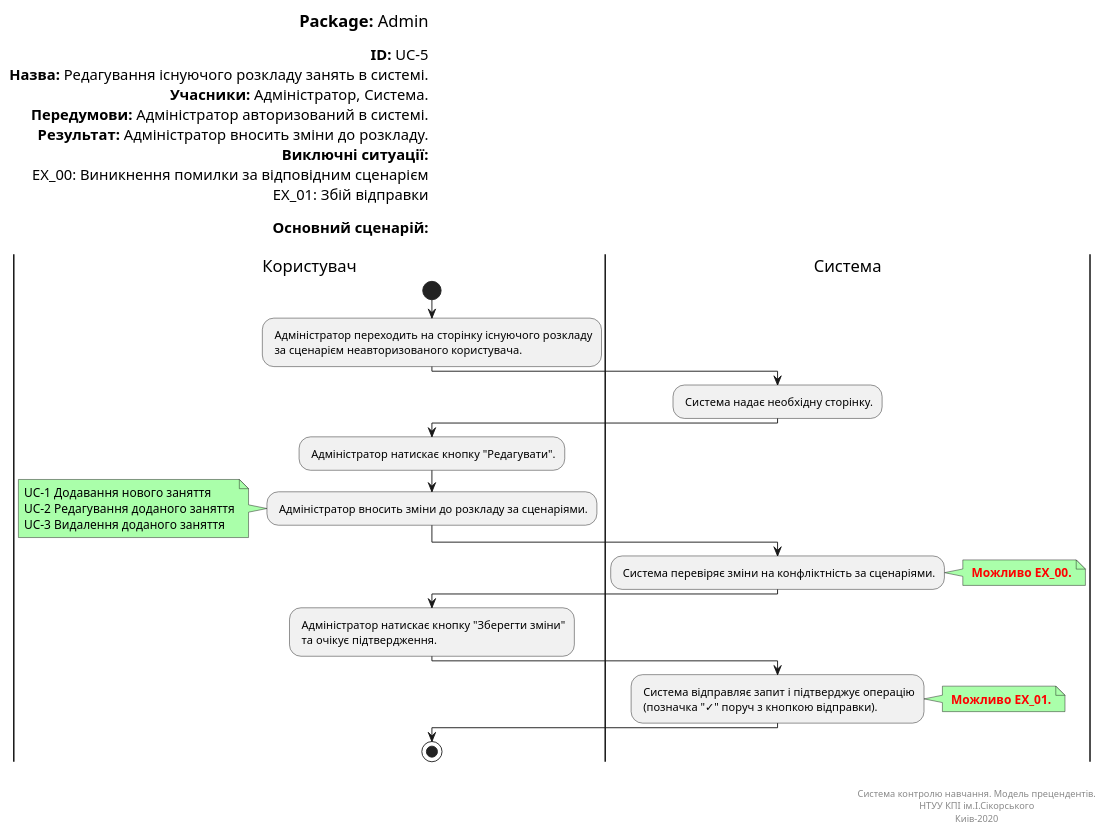
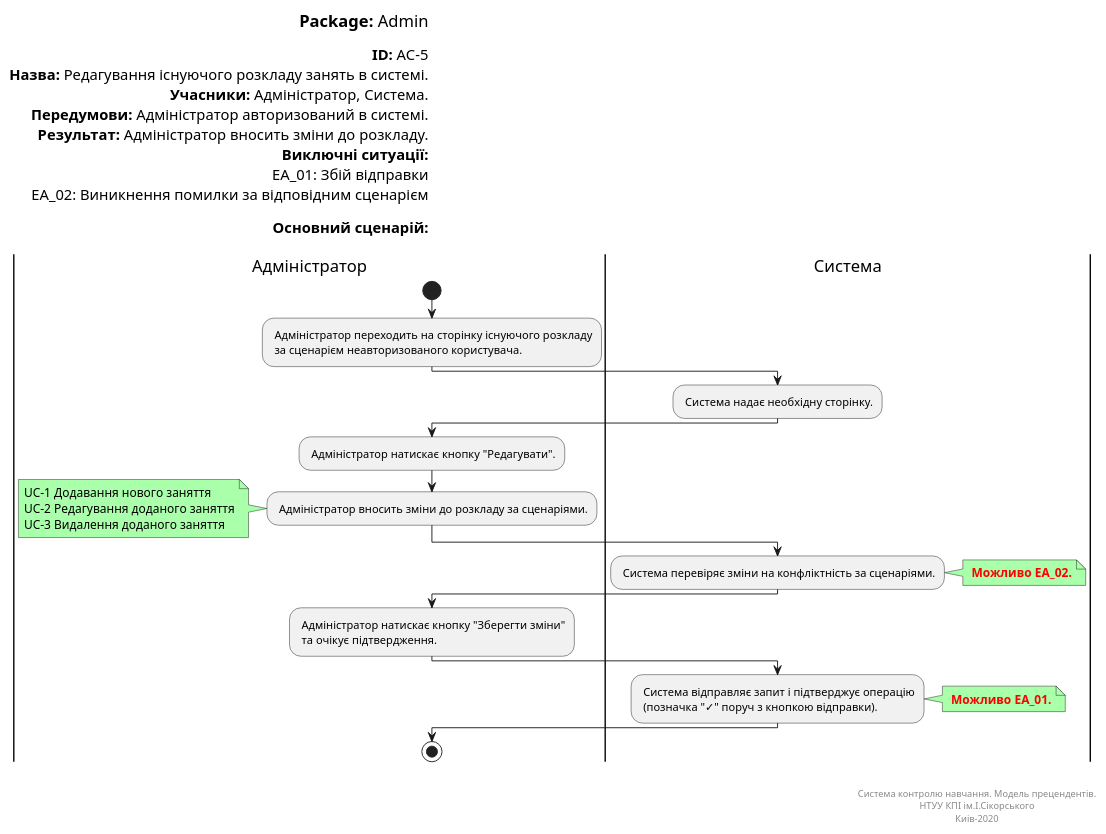
Before and after one commit to vladlinu/TeamOne: the diagram in docs/UML_Diagrams/scenarios/admin/src/edit_schedule.pu, drawn with PlantUML. The commit also changed 9 other files, not shown here.

```diff
--- a/docs/UML_Diagrams/scenarios/admin/src/edit_schedule.pu
+++ b/docs/UML_Diagrams/scenarios/admin/src/edit_schedule.pu
@@ -1,66 +1,66 @@
 @startuml
 left header
 <font color=000 size=18><b>Package:</b> Admin
 
-<font color=000 size=16><b>ID:</b> UC-5
+<font color=000 size=16><b>ID:</b> AC-5
 <font color=000 size=16><b>Назва:</b> Редагування існуючого розкладу занять в системі.
 <font color=000 size=16><b>Учасники:</b> Адміністратор, Система.
 <font color=000 size=16><b>Передумови:</b> Адміністратор авторизований в системі.
 <font color=000 size=16><b>Результат:</b> Адміністратор вносить зміни до розкладу.
 <font color=000 size=16><b>Виключні ситуації:</b>
-<font color=000 size=16> EX_00: Виникнення помилки за відповідним сценарієм
-<font color=000 size=16> EX_01: Збій відправки
+<font color=000 size=16> EA_01: Збій відправки
+<font color=000 size=16> EA_02: Виникнення помилки за відповідним сценарієм
 
 <font color=000 size=16><b>Основний сценарій:</b>
 
 end header
 
-|Користувач|
+|Адміністратор|
 start
 : Адміністратор переходить на сторінку існуючого розкладу
  за сценарієм неавторизованого користувача.;
 
 |Система|
 : Система надає необхідну сторінку.;
 
-|Користувач|
+|Адміністратор|
 : Адміністратор натискає кнопку "Редагувати".;
 
 : Адміністратор вносить зміни до розкладу за сценаріями.;
 
 note left #aaffaa
 UC-1 Додавання нового заняття
 UC-2 Редагування доданого заняття
 UC-3 Видалення доданого заняття
 end note
 
 |Система|
 : Система перевіряє зміни на конфліктність за сценаріями.;
 
 note right #aaffaa
-<font color=red><b> Можливо EX_00.
+<font color=red><b> Можливо EA_02.
 end note
 
-|Користувач|
+|Адміністратор|
 : Адміністратор натискає кнопку "Зберегти зміни"
  та очікує підтвердження.;
 
 |Система|
 : Система відправляє запит і підтверджує операцію
  (позначка "✓" поруч з кнопкою відправки).;
 
 note right #aaffaa
-<font color=red><b> Можливо EX_01.
+<font color=red><b> Можливо EA_01.
 end note
 
-|Користувач|
+|Адміністратор|
 stop;
 
 right footer
 
 
 Система контролю навчання. Модель прецендентів.
 НТУУ КПІ ім.І.Сікорського
 Киів-2020
 end footer
 @enduml
```
